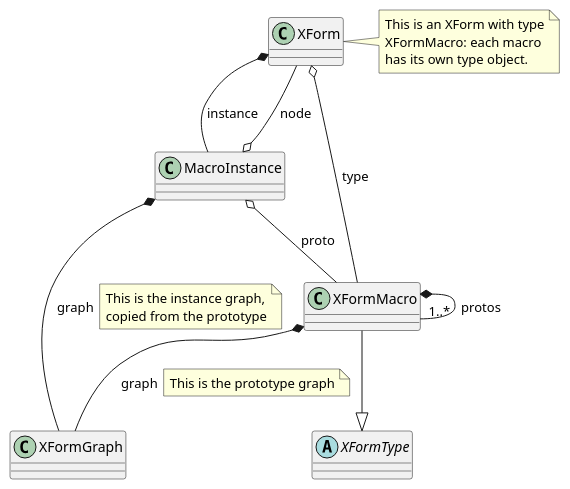
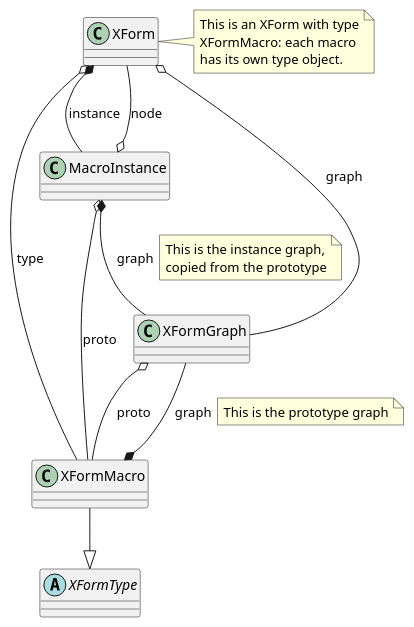
One commit to AU-ExoMars/PCOT changed the diagram in docs/macros.plantuml. Above: the diagram before and after it, drawn with PlantUML. The commit also changed 2 other files, not shown here.

```diff
--- a/docs/macros.plantuml
+++ b/docs/macros.plantuml
@@ -1,31 +1,33 @@
 @startuml
 skinparam classAttributeIconSize 0
 
 abstract class XFormType {
 }
 
 MacroInstance o-- XFormMacro:proto
 XFormMacro --|> XFormType
+
+XFormGraph o-- XFormMacro:proto
 
 MacroInstance *-- XFormGraph:graph
 note right on link
 This is the instance graph,
 copied from the prototype
 end note
 MacroInstance o-- XForm:node
 
 XFormMacro *-- XFormGraph:graph
 note right on link
 This is the prototype graph
 end note
-XFormMacro *-- "1..*" XFormMacro:protos
 
+XForm o-- XFormGraph:graph
 XForm *-- MacroInstance:instance
 XForm o-- XFormMacro:type
 note right of XForm
 This is an XForm with type
 XFormMacro: each macro
 has its own type object.
 end note
 
 @enduml
```
